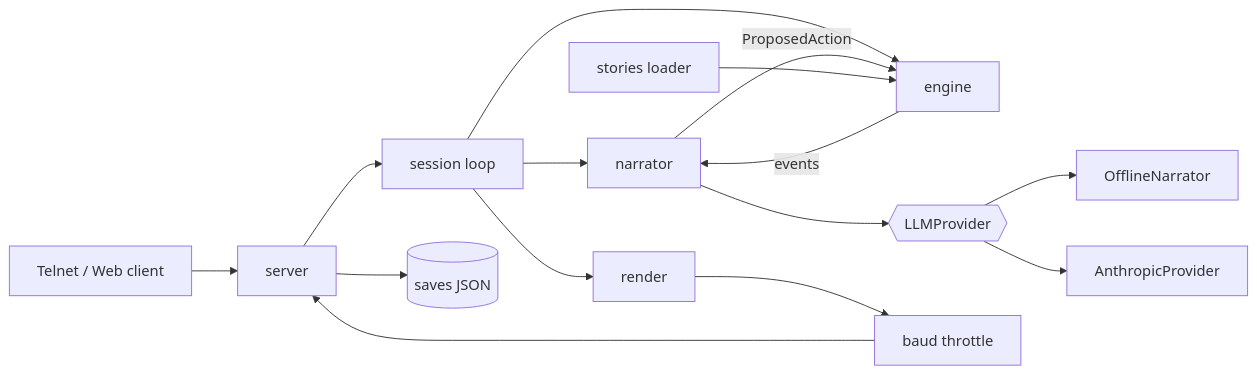
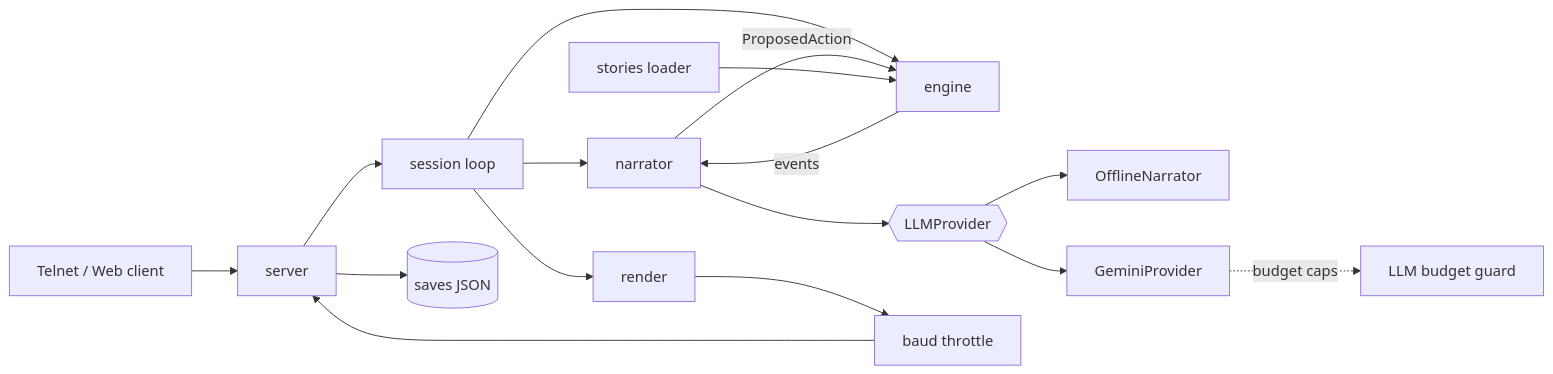
The diagram in .kiro/specs/telnet-tales/design.md (rcruz63/bssmaze), drawn with Mermaid before and after one commit. The commit also changed other lines of this file and 29 other files, not shown here.

First line of the commit message:
feat: add story graph validator and align hooks and decisions

````diff
--- a/.kiro/specs/telnet-tales/design.md
+++ b/.kiro/specs/telnet-tales/design.md
@@ -9,16 +9,17 @@
 ```mermaid
 flowchart LR
   Client[Telnet / Web client] --> Server[server]
   Server --> Session[session loop]
   Session --> Narrator[narrator]
   Session --> Engine[engine]
   Session --> Render[render]
   Narrator -->|ProposedAction| Engine
   Narrator --> Provider{{LLMProvider}}
   Provider --> Offline[OfflineNarrator]
-  Provider --> Claude[AnthropicProvider]
+  Provider --> Gemini[GeminiProvider]
+  Gemini -.->|budget caps| Guard[LLM budget guard]
   Stories[stories loader] --> Engine
   Engine -->|events| Narrator
   Render --> Throttle[baud throttle] --> Server
   Server --> Saves[(saves JSON)]
 ```
````
